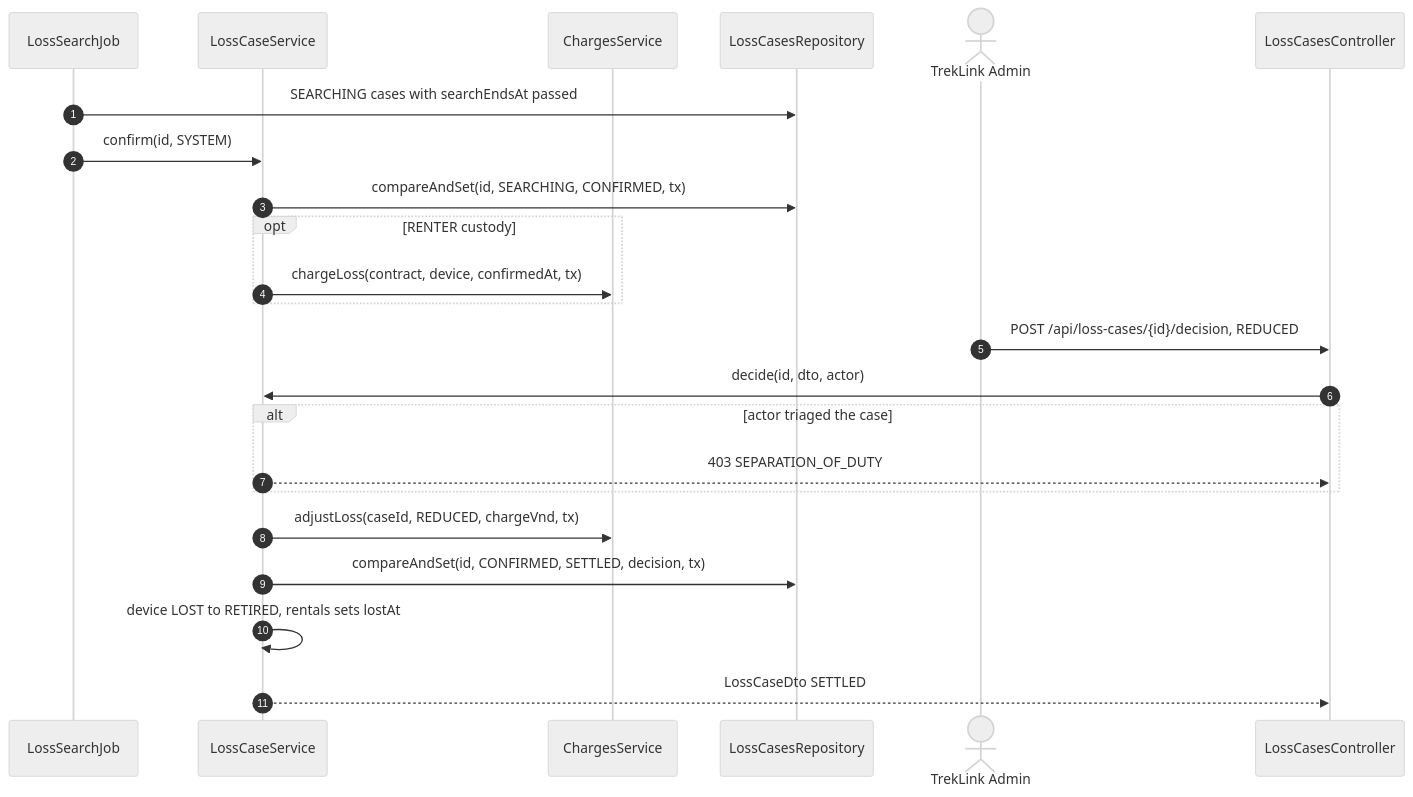
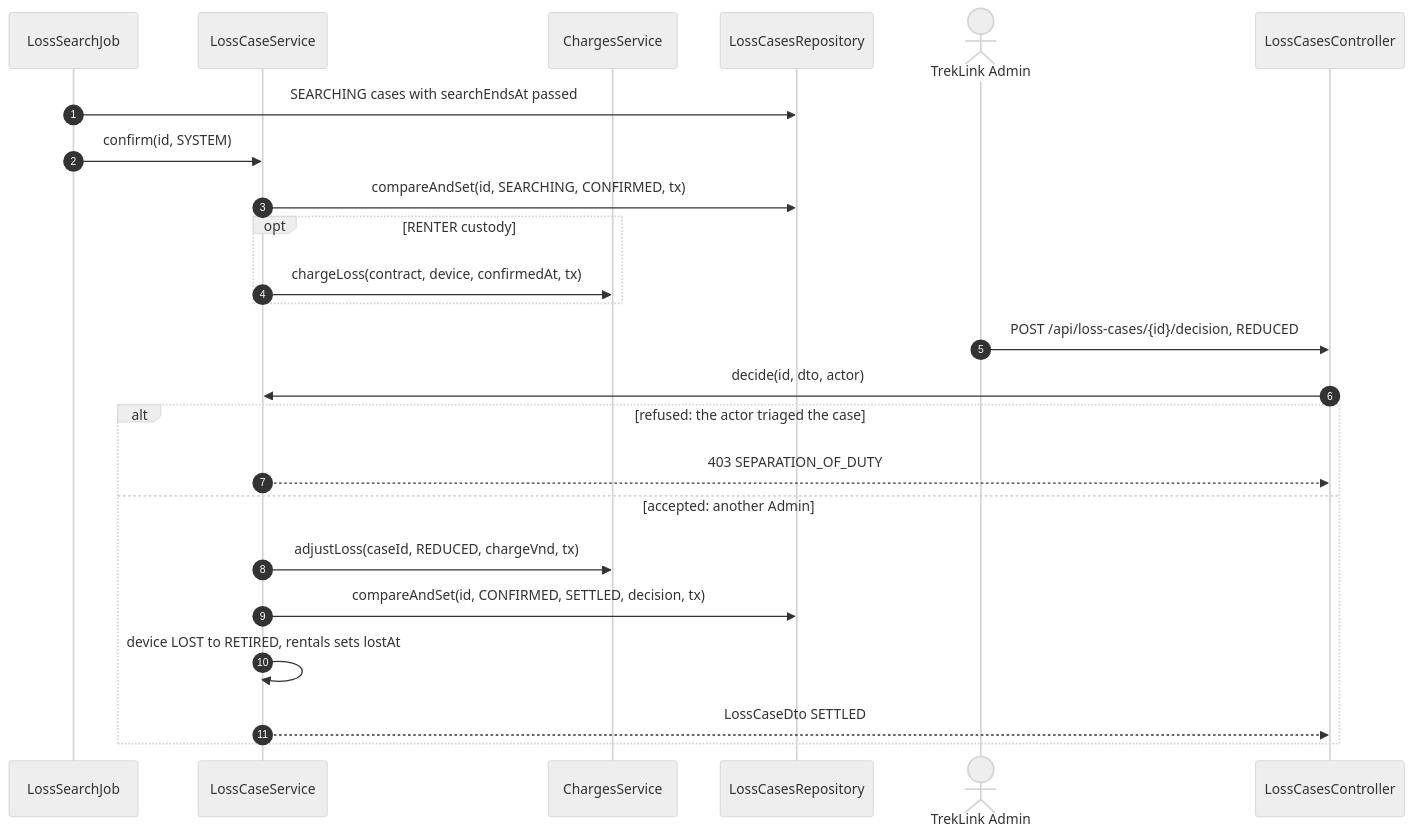
Diagram 12 of 18 in specs/devices/design.md (TrekLink-Team/treklink-web), drawn with Mermaid (neutral theme) before and after one commit. The commit also changed other lines of this file and 39 other files, not shown here.

First line of the commit message:
docs: design periodic maintenance (D-047) and apply the SDD sequence conventions

````diff
--- a/specs/devices/design.md
+++ b/specs/devices/design.md
@@ -382,25 +426,26 @@
 ```mermaid
 sequenceDiagram
     autonumber
     participant J as LossSearchJob
     participant S as LossCaseService
     participant B as ChargesService
     participant R as LossCasesRepository
     actor Ad as TrekLink Admin
     participant C as LossCasesController
     J->>R: SEARCHING cases with searchEndsAt passed
     J->>S: confirm(id, SYSTEM)
     S->>R: compareAndSet(id, SEARCHING, CONFIRMED, tx)
     opt RENTER custody
         S->>B: chargeLoss(contract, device, confirmedAt, tx)
     end
     Ad->>C: POST /api/loss-cases/{id}/decision, REDUCED
     C->>S: decide(id, dto, actor)
-    alt actor triaged the case
+    alt refused: the actor triaged the case
         S-->>C: 403 SEPARATION_OF_DUTY
+    else accepted: another Admin
+        S->>B: adjustLoss(caseId, REDUCED, chargeVnd, tx)
+        S->>R: compareAndSet(id, CONFIRMED, SETTLED, decision, tx)
+        S->>S: device LOST to RETIRED, rentals sets lostAt
+        S-->>C: LossCaseDto SETTLED
     end
-    S->>B: adjustLoss(caseId, REDUCED, chargeVnd, tx)
-    S->>R: compareAndSet(id, CONFIRMED, SETTLED, decision, tx)
-    S->>S: device LOST to RETIRED, rentals sets lostAt
-    S-->>C: LossCaseDto SETTLED
 ```
````
